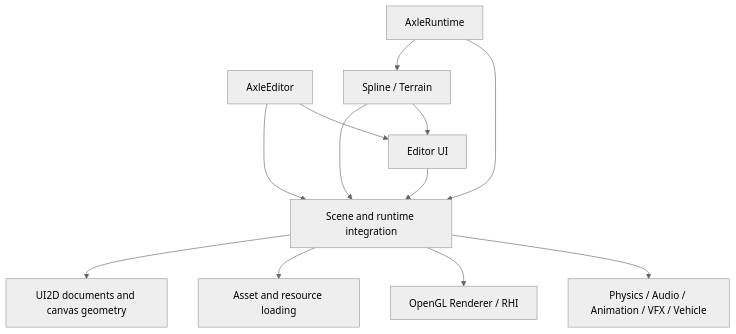
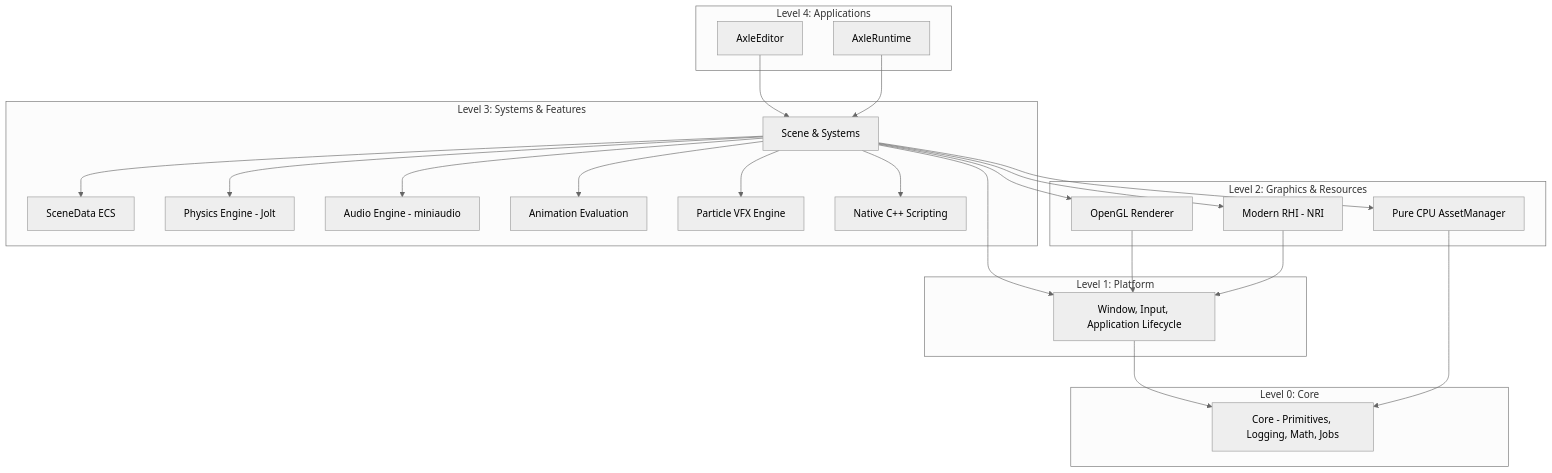
Before and after one commit to nguyenphong0210/AxleEngine: the diagram in docs/architecture/OVERVIEW.md, drawn with Mermaid (neutral theme). The commit also changed other lines of this file and 22 other files, not shown here.

Commit message:
docs: standardize architecture guides and retire obsolete prompt archives

````diff
--- a/docs/architecture/OVERVIEW.md
+++ b/docs/architecture/OVERVIEW.md
@@ -26,14 +21,48 @@
 ```mermaid
 flowchart TD
-    Editor[AxleEditor] --> UI[Editor UI]
-    Editor --> Scene[Scene and runtime integration]
-    Runtime[AxleRuntime] --> Scene
-    Runtime --> Plugins[Spline / Terrain]
-    Plugins --> UI
-    Plugins --> Scene
-    UI --> Scene
-    Scene --> Systems[Physics / Audio / Animation / VFX / Vehicle]
-    Scene --> Graphics[OpenGL Renderer / RHI]
-    Scene --> Assets[Asset and resource loading]
-    Scene --> UI2D[UI2D documents and canvas geometry]
+    subgraph Level 4: Applications
+        Editor[AxleEditor]
+        Runtime[AxleRuntime]
+    end
+
+    subgraph Level 3: Systems & Features
+        Scene[Scene & Systems]
+        SceneData[SceneData ECS]
+        Physics[Physics Engine - Jolt]
+        Audio[Audio Engine - miniaudio]
+        Animation[Animation Evaluation]
+        VFX[Particle VFX Engine]
+        Scripting[Native C++ Scripting]
+    end
+
+    subgraph Level 2: Graphics & Resources
+        Renderer[OpenGL Renderer]
+        RHI[Modern RHI - NRI]
+        Assets[Pure CPU AssetManager]
+    end
+
+    subgraph Level 1: Platform
+        Platform[Window, Input, Application Lifecycle]
+    end
+
+    subgraph Level 0: Core
+        Core[Core - Primitives, Logging, Math, Jobs]
+    end
+
+    Editor --> Scene
+    Runtime --> Scene
+    Scene --> SceneData
+    Scene --> Physics
+    Scene --> Audio
+    Scene --> Animation
+    Scene --> VFX
+    Scene --> Scripting
+    Scene --> Renderer
+    Scene --> RHI
+    Scene --> Assets
+    Scene --> Platform
+    Platform --> Core
+    Assets --> Core
+    Renderer --> Platform
+    RHI --> Platform
 ```
````
